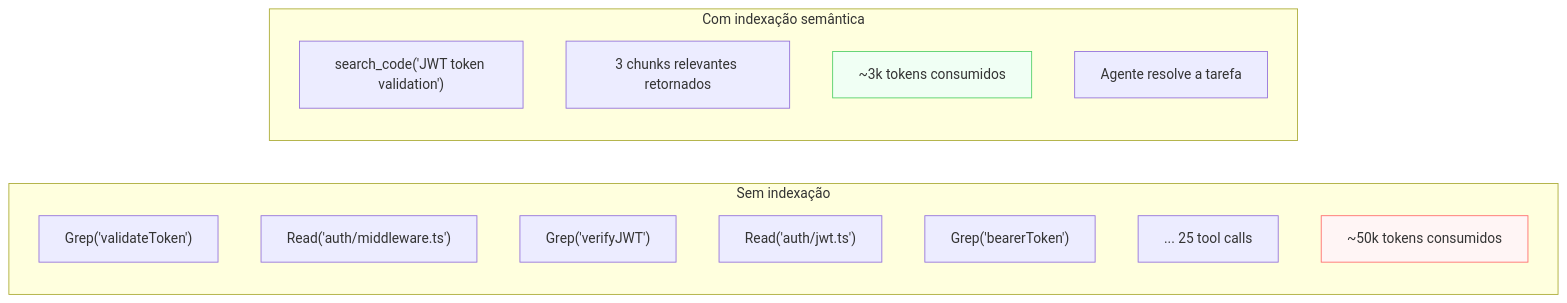
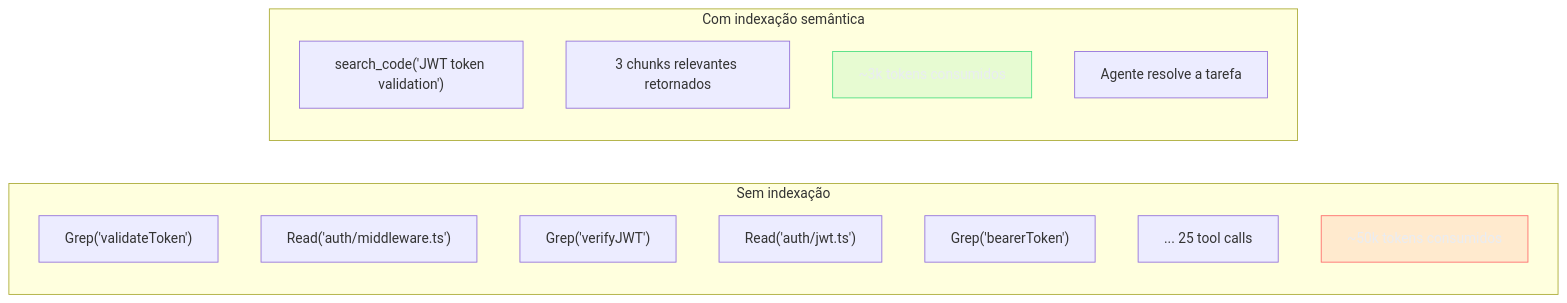
The first of 3 diagrams in 03-Dominios/Tecnologia/IA/Claude Code/Workflows/11 - Estratégias estruturais de contexto/03 - Indexação semântica externa.md (josenaldo/codex-technomanticus), drawn with Mermaid before and after one commit. The commit also changed other lines of this file and 1181 other files, not shown here.

First line of the commit message:
fix(diagramas): paleta do sistema no lugar de cor cravada no markdown

````diff
--- a/03-Dominios/Tecnologia/IA/Claude Code/Workflows/11 - Estratégias estruturais de contexto/03 - Indexação semântica externa.md
+++ b/03-Dominios/Tecnologia/IA/Claude Code/Workflows/11 - Estratégias estruturais de contexto/03 - Indexação semântica externa.md
@@ -39,22 +39,24 @@
 ```mermaid
 flowchart LR
+    classDef falha fill:#FF6B6B24,stroke:#FF6B6B,color:#E9ECF2
+    classDef ok fill:#4ADE8021,stroke:#4ADE80,color:#E9ECF2
     subgraph "Sem indexação"
         A1["Grep('validateToken')"]
         A2["Read('auth/middleware.ts')"]
         A3["Grep('verifyJWT')"]
         A4["Read('auth/jwt.ts')"]
         A5["Grep('bearerToken')"]
         A6["... 25 tool calls"]
         A7["~50k tokens consumidos"]
     end
 
     subgraph "Com indexação semântica"
         B1["search_code('JWT token validation')"]
         B2["3 chunks relevantes retornados"]
         B3["~3k tokens consumidos"]
         B4["Agente resolve a tarefa"]
     end
 
-    style A7 fill:#fff5f5,stroke:#ff6b6b
-    style B3 fill:#f0fff4,stroke:#51cf66
+    class A7 falha
+    class B3 ok
 ```
````
